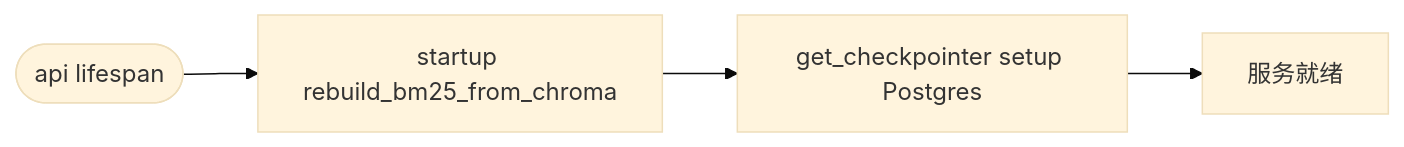
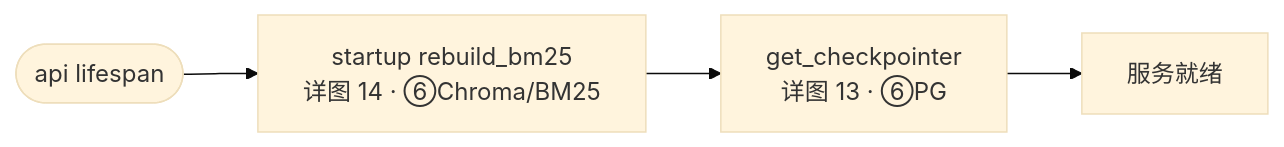
One commit to charlie-chann/ai-agent-langgraph-main changed diagram 11 of 23 in project_00_rag_agent/docs/architecture.md. Above: the diagram before and after it, drawn with Mermaid (base theme). The commit also changed other lines of this file and 19 other files, not shown here.

Commit message:
docs(project_00): 完善 Streamlit UI 与启动流程源图

````diff
--- a/project_00_rag_agent/docs/architecture.md
+++ b/project_00_rag_agent/docs/architecture.md
@@ -587,6 +586,6 @@
 ```mermaid
 flowchart LR
-    BOOT([api lifespan]) --> S1[startup rebuild_bm25_from_chroma]
-    S1 --> S2[get_checkpointer setup Postgres]
+    BOOT([api lifespan]) --> S1["startup rebuild_bm25<br/>详图 14 · ⑥Chroma/BM25"]
+    S1 --> S2["get_checkpointer<br/>详图 13 · ⑥PG"]
     S2 --> READY[服务就绪]
 ```
````
